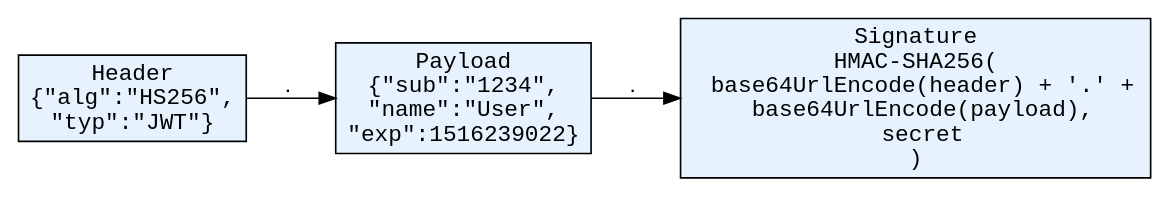
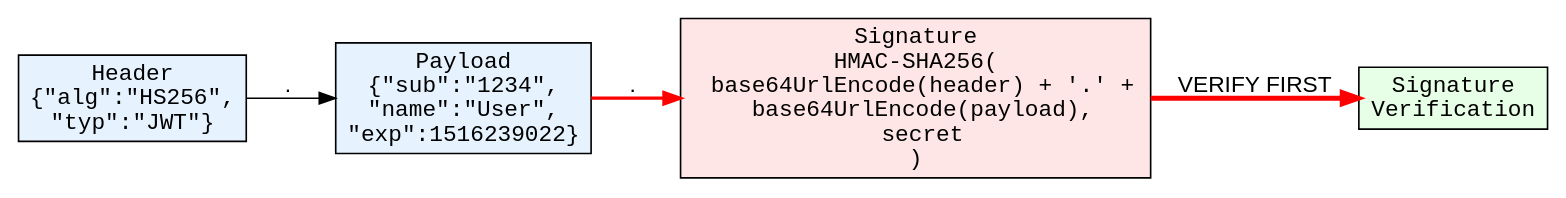
Before and after one commit to aygp-dr/jwt-paradigms: the first of 4 diagrams in presentation.org, drawn with Graphviz. The commit also changed other lines of this file and 1 other file, not shown here.

First line of the commit message:
refactor(presentation): transform to security-first JWT validation guide

```diff
--- a/presentation.org
+++ b/presentation.org
@@ -53,14 +80,17 @@
-#+BEGIN_SRC dot :file images/jwt-structure.png :cmdline -Kdot -Tpng
+#+BEGIN_SRC dot :file images/jwt-structure-secure.png :cmdline -Kdot -Tpng
 digraph {
   rankdir=LR;
   node [shape=box, style=filled, fillcolor="#e6f3ff", fontname="monospace"];
   edge [fontname="Arial"];
   
   Header [label="Header\n{\"alg\":\"HS256\",\n\"typ\":\"JWT\"}"];
   Payload [label="Payload\n{\"sub\":\"1234\",\n\"name\":\"User\",\n\"exp\":1516239022}"];
-  Signature [label="Signature\nHMAC-SHA256(\n  base64UrlEncode(header) + '.' +\n  base64UrlEncode(payload),\n  secret\n)"];
+  Signature [label="Signature\nHMAC-SHA256(\n  base64UrlEncode(header) + '.' +\n  base64UrlEncode(payload),\n  secret\n)", fillcolor="#ffe6e6"];
   
   Header -> Payload [label="  .  "];
-  Payload -> Signature [label="  .  "];
+  Payload -> Signature [label="  .  ", color=red, penwidth=2];
+  
+  Signature -> Verification [label="VERIFY FIRST", color=red, penwidth=3];
+  Verification [label="Signature\nVerification", fillcolor="#e6ffe6"];
 }
 #+END_SRC
```
